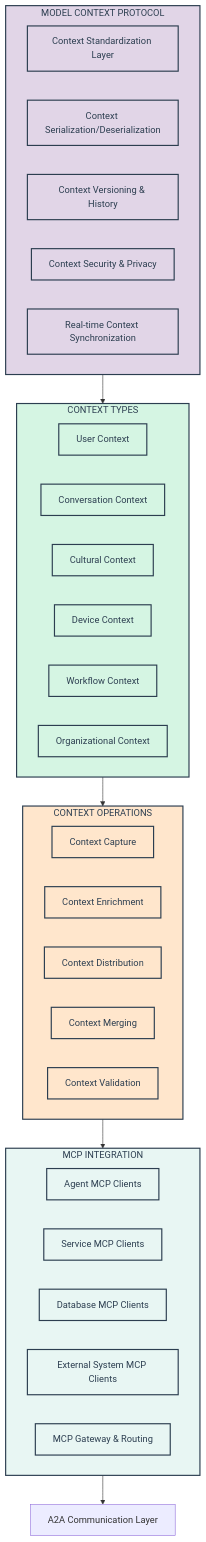
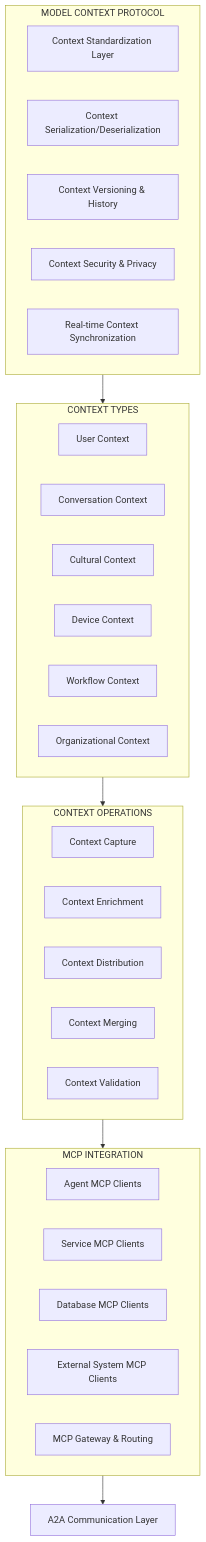
Before and after one commit to ME-ai-agents/docs_prod: the fifth of 12 diagrams in ME.AI - TDD Year 1 v16.md, drawn with Mermaid. The commit also changed other lines of this file, not shown here.

````diff
--- a/ME.AI - TDD Year 1 v16.md
+++ b/ME.AI - TDD Year 1 v16.md
@@ -349,50 +305,40 @@
 ```mermaid
 flowchart TD
     subgraph MCP["MODEL CONTEXT PROTOCOL"]
         ContextStandardization[Context Standardization Layer]
         ContextSerialization[Context Serialization/Deserialization]
         ContextVersioning[Context Versioning & History]
         ContextSecurity[Context Security & Privacy]
         ContextSync[Real-time Context Synchronization]
     end
     
     subgraph ContextTypes["CONTEXT TYPES"]
         UserContext[User Context]
         ConversationContext[Conversation Context]
         CulturalContext[Cultural Context]
         DeviceContext[Device Context]
         WorkflowContext[Workflow Context]
         OrganizationalContext[Organizational Context]
     end
     
     subgraph ContextOperations["CONTEXT OPERATIONS"]
         ContextCapture[Context Capture]
         ContextEnrichment[Context Enrichment]
         ContextDistribution[Context Distribution]
         ContextMerging[Context Merging]
         ContextValidation[Context Validation]
     end
     
     subgraph MCPIntegration["MCP INTEGRATION"]
         AgentMCPClients[Agent MCP Clients]
         ServiceMCPClients[Service MCP Clients]
         DatabaseMCPClients[Database MCP Clients]
         ExternalMCPClients[External System MCP Clients]
         MCPGateway[MCP Gateway & Routing]
     end
     
     MCP --> ContextTypes
     ContextTypes --> ContextOperations
     ContextOperations --> MCPIntegration
     MCPIntegration --> A2ACommunication[A2A Communication Layer]
-    
-    classDef mcpStyle fill:#E1D5E7,stroke:#2C3E50,stroke-width:2px,color:#2C3E50
-    classDef contextStyle fill:#D5F5E3,stroke:#2C3E50,stroke-width:2px,color:#2C3E50
-    classDef operationStyle fill:#FFE6CC,stroke:#2C3E50,stroke-width:2px,color:#2C3E50
-    classDef integrationStyle fill:#E8F6F3,stroke:#2C3E50,stroke-width:2px,color:#2C3E50
-    
-    class MCP,ContextStandardization,ContextSerialization,ContextVersioning,ContextSecurity,ContextSync mcpStyle
-    class ContextTypes,UserContext,ConversationContext,CulturalContext,DeviceContext,WorkflowContext,OrganizationalContext contextStyle
-    class ContextOperations,ContextCapture,ContextEnrichment,ContextDistribution,ContextMerging,ContextValidation operationStyle
-    class MCPIntegration,AgentMCPClients,ServiceMCPClients,DatabaseMCPClients,ExternalMCPClients,MCPGateway integrationStyle
 ```
````
